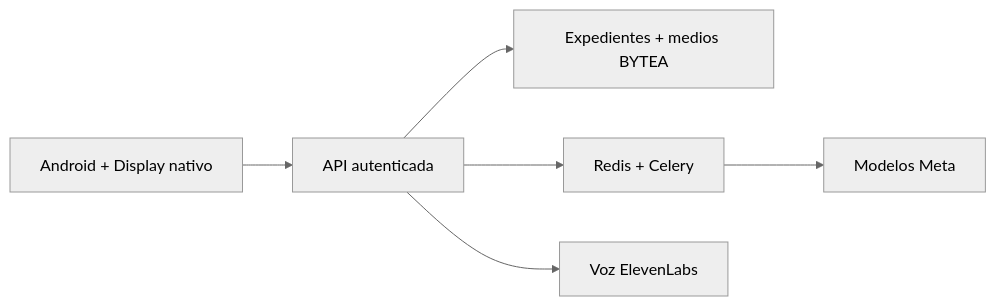
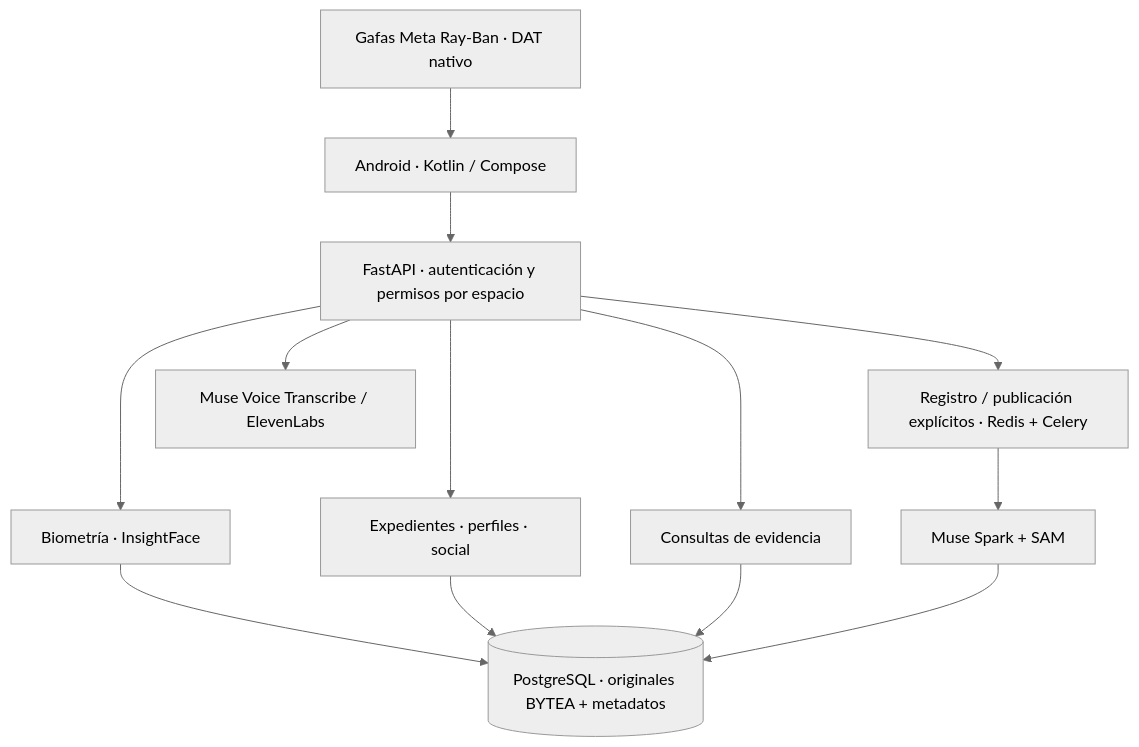
The diagram in README.es.md (Luxisoft/realityos-spatial-memory), drawn with Mermaid (neutral theme) before and after one commit. The commit also changed other lines of this file and 18 other files, not shown here.

````diff
--- a/README.es.md
+++ b/README.es.md
@@ -109,8 +64,15 @@
 ```mermaid
-flowchart LR
-    A[Android + Display nativo] --> B[API autenticada]
-    B --> C[Expedientes + medios BYTEA]
-    B --> D[Redis + Celery]
-    D --> E[Modelos Meta]
-    B --> F[Voz ElevenLabs]
+flowchart TB
+    A[Android · Kotlin / Compose] --> API[FastAPI · autenticación y permisos por espacio]
+    G[Gafas Meta Ray-Ban · DAT nativo] --> A
+    API --> F[Biometría · InsightFace]
+    API --> R[Expedientes · perfiles · social]
+    API --> Q[Consultas de evidencia]
+    F --> DB[(PostgreSQL · originales BYTEA + metadatos)]
+    R --> DB
+    Q --> DB
+    API --> W[Registro / publicación explícitos · Redis + Celery]
+    W --> M[Muse Spark + SAM]
+    M --> DB
+    API --> V[Muse Voice Transcribe / ElevenLabs]
 ```
````
